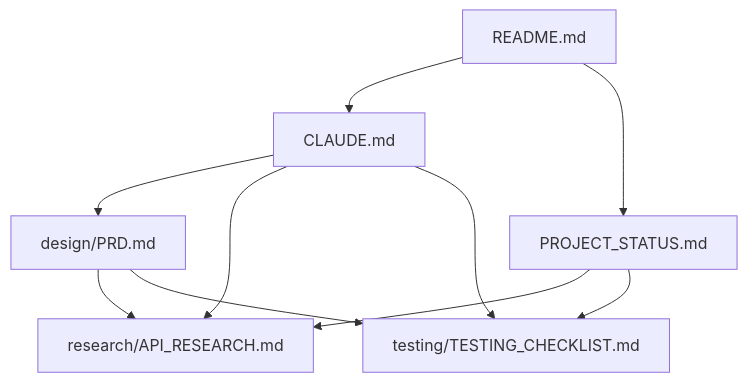
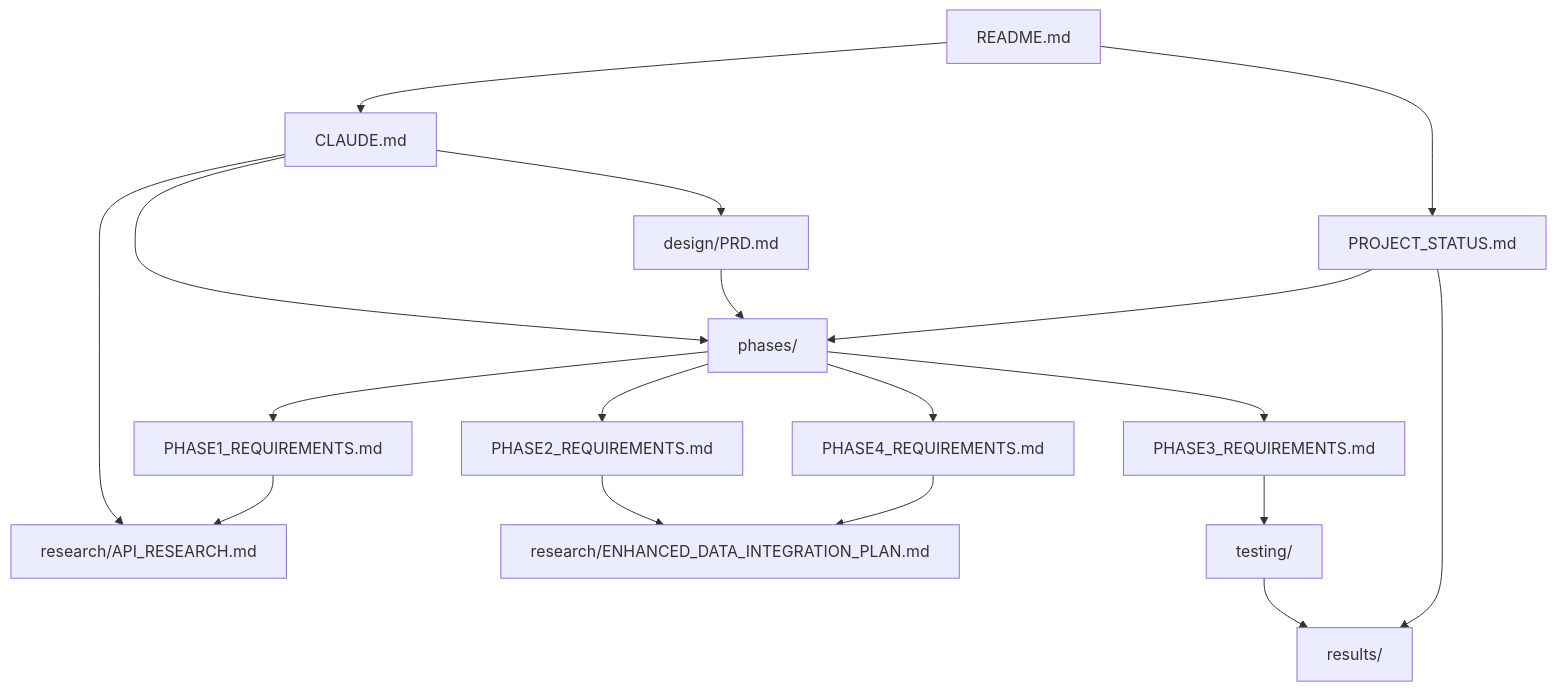
The diagram in docs/README.md (jvlivonius/vsc-extension-scanner), drawn with Mermaid before and after one commit. The commit also changed other lines of this file and 19 other files, not shown here.

````diff
--- a/docs/README.md
+++ b/docs/README.md
@@ -131,15 +256,25 @@
 ```mermaid
 graph TD
     README[README.md] --> CLAUDE[CLAUDE.md]
     README --> STATUS[PROJECT_STATUS.md]
 
     CLAUDE --> PRD[design/PRD.md]
+    CLAUDE --> PHASES[phases/]
     CLAUDE --> API[research/API_RESEARCH.md]
-    CLAUDE --> TESTS[testing/TESTING_CHECKLIST.md]
 
-    STATUS --> API
-    STATUS --> TESTS
+    PRD --> PHASES
+    PHASES --> P1[PHASE1_REQUIREMENTS.md]
+    PHASES --> P2[PHASE2_REQUIREMENTS.md]
+    PHASES --> P3[PHASE3_REQUIREMENTS.md]
+    PHASES --> P4[PHASE4_REQUIREMENTS.md]
 
-    PRD --> API
-    PRD --> TESTS
+    P1 --> API
+    P2 --> DESIGN[research/ENHANCED_DATA_INTEGRATION_PLAN.md]
+    P3 --> TESTS[testing/]
+    P4 --> DESIGN
+
+    TESTS --> RESULTS[results/]
+
+    STATUS --> PHASES
+    STATUS --> RESULTS
 ```
````
